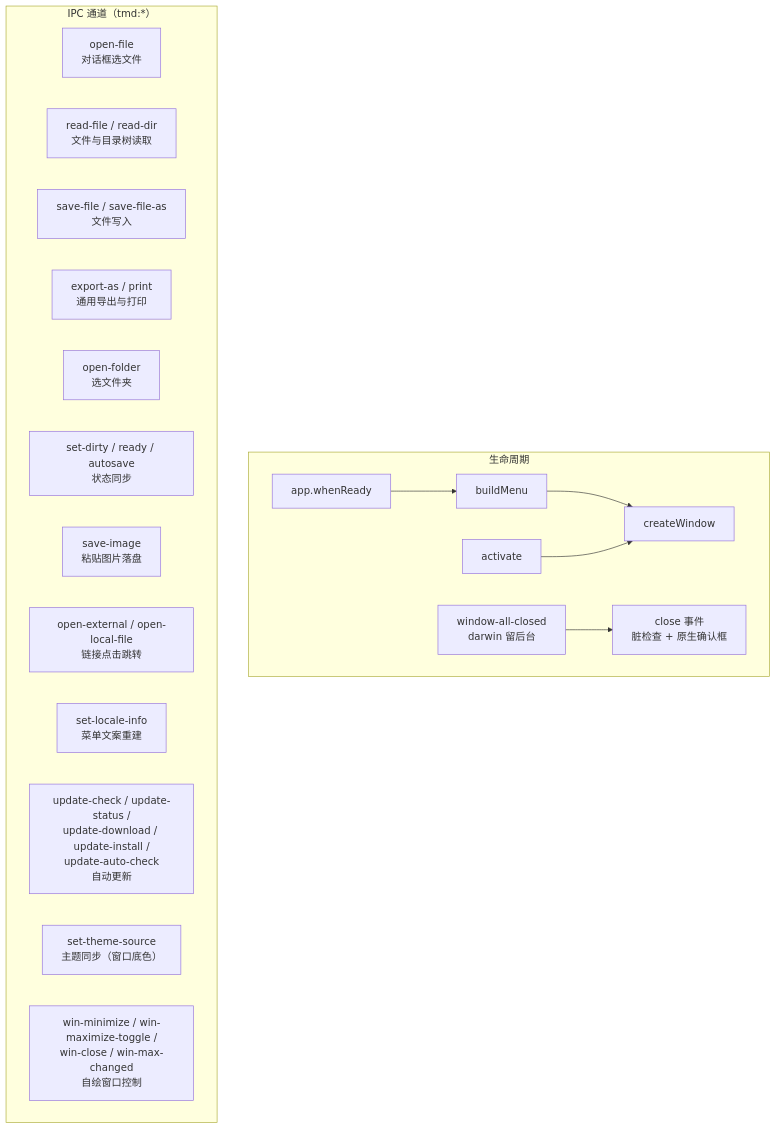
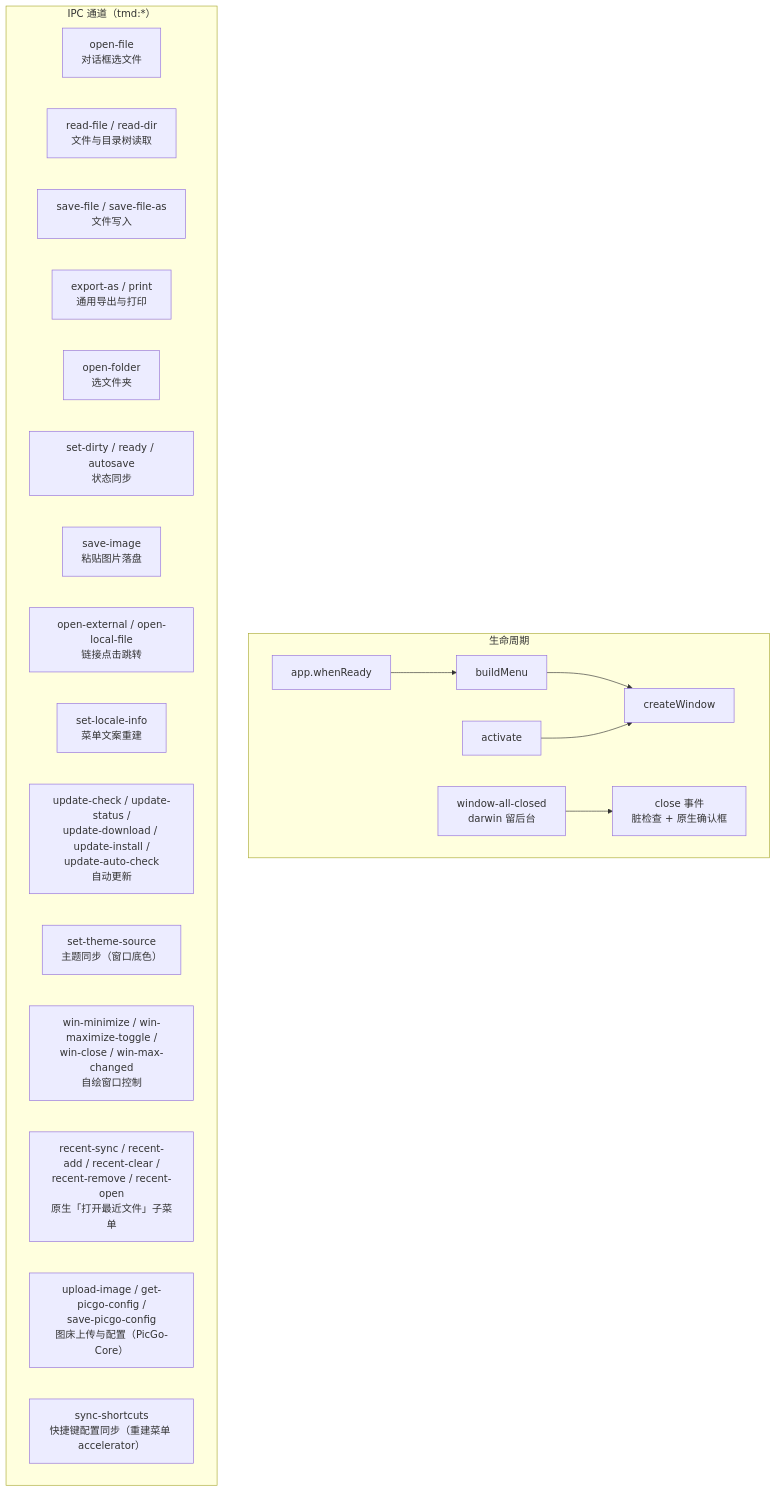
The fourth of 4 diagrams in docs/架构设计.md (ChiangyangNPU/tmd), drawn with Mermaid before and after one commit. The commit also changed other lines of this file and 18 other files, not shown here.

````diff
--- a/docs/架构设计.md
+++ b/docs/架构设计.md
@@ -191,23 +198,26 @@
 ```mermaid
 flowchart TB
     subgraph 生命周期
         L1[app.whenReady] --> L2[buildMenu] --> L3[createWindow]
         L4[activate] --> L3
         L5[window-all-closed<br/>darwin 留后台] --> L6[close 事件<br/>脏检查 + 原生确认框]
     end
 
     subgraph IPC["IPC 通道（tmd:*）"]
         C1[open-file<br/>对话框选文件]
         C2[read-file / read-dir<br/>文件与目录树读取]
         C3[save-file / save-file-as<br/>文件写入]
         C4[export-as / print<br/>通用导出与打印]
         C5[open-folder<br/>选文件夹]
         C6[set-dirty / ready / autosave<br/>状态同步]
         C7[save-image<br/>粘贴图片落盘]
         C7B[open-external / open-local-file<br/>链接点击跳转]
         C8[set-locale-info<br/>菜单文案重建]
         C9[update-check / update-status /<br/>update-download / update-install /<br/>update-auto-check<br/>自动更新]
         C10[set-theme-source<br/>主题同步（窗口底色）]
         C11[win-minimize / win-maximize-toggle /<br/>win-close / win-max-changed<br/>自绘窗口控制]
+        C12[recent-sync / recent-add / recent-clear /<br/>recent-remove / recent-open<br/>原生「打开最近文件」子菜单]
+        C13[upload-image / get-picgo-config /<br/>save-picgo-config<br/>图床上传与配置（PicGo-Core）]
+        C14[sync-shortcuts<br/>快捷键配置同步（重建菜单 accelerator）]
     end
 ```
````
